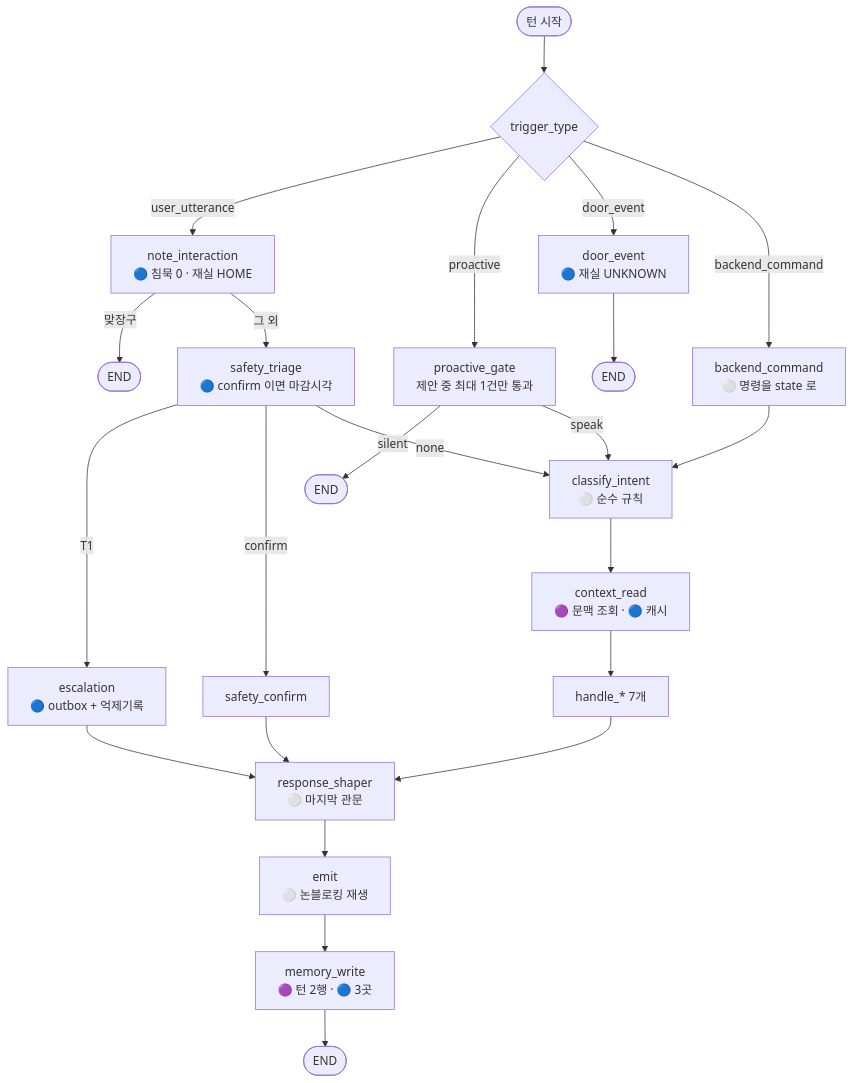
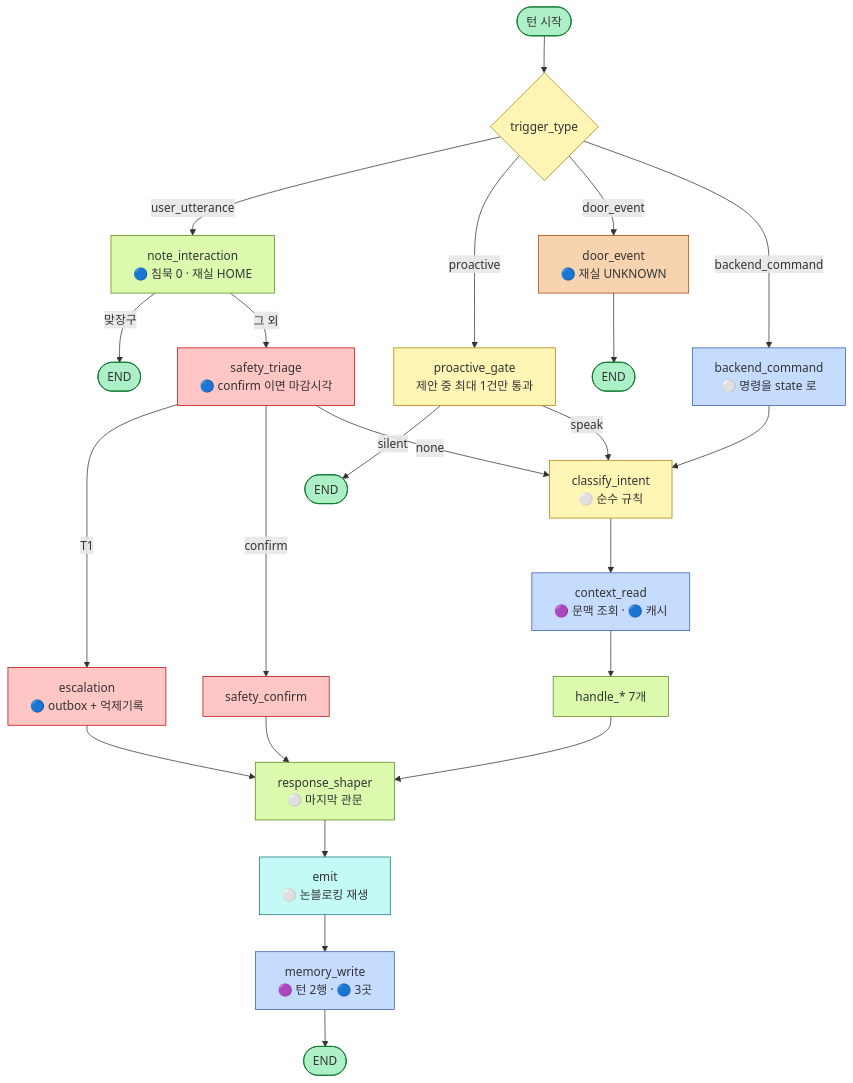
The diagram in docs/carebot/대조표.md (bomi-aiot/BOMI), drawn with Mermaid before and after one commit. The commit also changed 13 other files, not shown here.

First line of the commit message:
docs: 문서 다이어그램 팔레트 통일과 배치 정리

````diff
--- a/docs/carebot/대조표.md
+++ b/docs/carebot/대조표.md
@@ -176,29 +176,37 @@
 ```mermaid
 flowchart TD
-    START([턴 시작]) --> R{trigger_type}
-    R -->|user_utterance| NI[note_interaction<br/>🔵 침묵 0 · 재실 HOME]
-    R -->|proactive| PG[proactive_gate<br/>제안 중 최대 1건만 통과]
-    R -->|door_event| DE[door_event<br/>🔵 재실 UNKNOWN]
-    R -->|backend_command| BC[backend_command<br/>⚪ 명령을 state 로]
+    classDef term fill:#adf0c7,stroke:#087429
+    classDef gate fill:#fff6b6,stroke:#af7e02
+    classDef robot fill:#dbfaad,stroke:#608520
+    classDef be fill:#c6dcff,stroke:#305bab
+    classDef sensor fill:#f8d3af,stroke:#9b4a07
+    classDef safety fill:#ffc6c6,stroke:#bd0909
+    classDef hw fill:#c3faf5,stroke:#187574
 
-    DE --> ENDA([END])
-    PG -->|silent| ENDB([END])
-    NI -->|맞장구| ENDC([END])
+    START([턴 시작]):::term --> R{trigger_type}:::gate
+    R -->|user_utterance| NI[note_interaction<br/>🔵 침묵 0 · 재실 HOME]:::robot
+    R -->|proactive| PG[proactive_gate<br/>제안 중 최대 1건만 통과]:::gate
+    R -->|door_event| DE[door_event<br/>🔵 재실 UNKNOWN]:::sensor
+    R -->|backend_command| BC[backend_command<br/>⚪ 명령을 state 로]:::be
 
-    NI -->|그 외| ST[safety_triage<br/>🔵 confirm 이면 마감시각]
-    ST -->|T1| ESC[escalation<br/>🔵 outbox + 억제기록]
-    ST -->|confirm| SC[safety_confirm]
+    DE --> ENDA([END]):::term
+    PG -->|silent| ENDB([END]):::term
+    NI -->|맞장구| ENDC([END]):::term
+
+    NI -->|그 외| ST[safety_triage<br/>🔵 confirm 이면 마감시각]:::safety
+    ST -->|T1| ESC[escalation<br/>🔵 outbox + 억제기록]:::safety
+    ST -->|confirm| SC[safety_confirm]:::safety
     ST -->|none| CI
 
-    PG -->|speak| CI[classify_intent<br/>⚪ 순수 규칙]
+    PG -->|speak| CI[classify_intent<br/>⚪ 순수 규칙]:::gate
     BC --> CI
-    CI --> CR[context_read<br/>🟣 문맥 조회 · 🔵 캐시]
-    CR --> H[handle_* 7개]
+    CI --> CR[context_read<br/>🟣 문맥 조회 · 🔵 캐시]:::be
+    CR --> H[handle_* 7개]:::robot
 
-    ESC --> RS[response_shaper<br/>⚪ 마지막 관문]
+    ESC --> RS[response_shaper<br/>⚪ 마지막 관문]:::robot
     SC --> RS
     H --> RS
-    RS --> EM[emit<br/>⚪ 논블로킹 재생]
-    EM --> MW[memory_write<br/>🟣 턴 2행 · 🔵 3곳]
-    MW --> ENDD([END])
+    RS --> EM[emit<br/>⚪ 논블로킹 재생]:::hw
+    EM --> MW[memory_write<br/>🟣 턴 2행 · 🔵 3곳]:::be
+    MW --> ENDD([END]):::term
 ```
````
